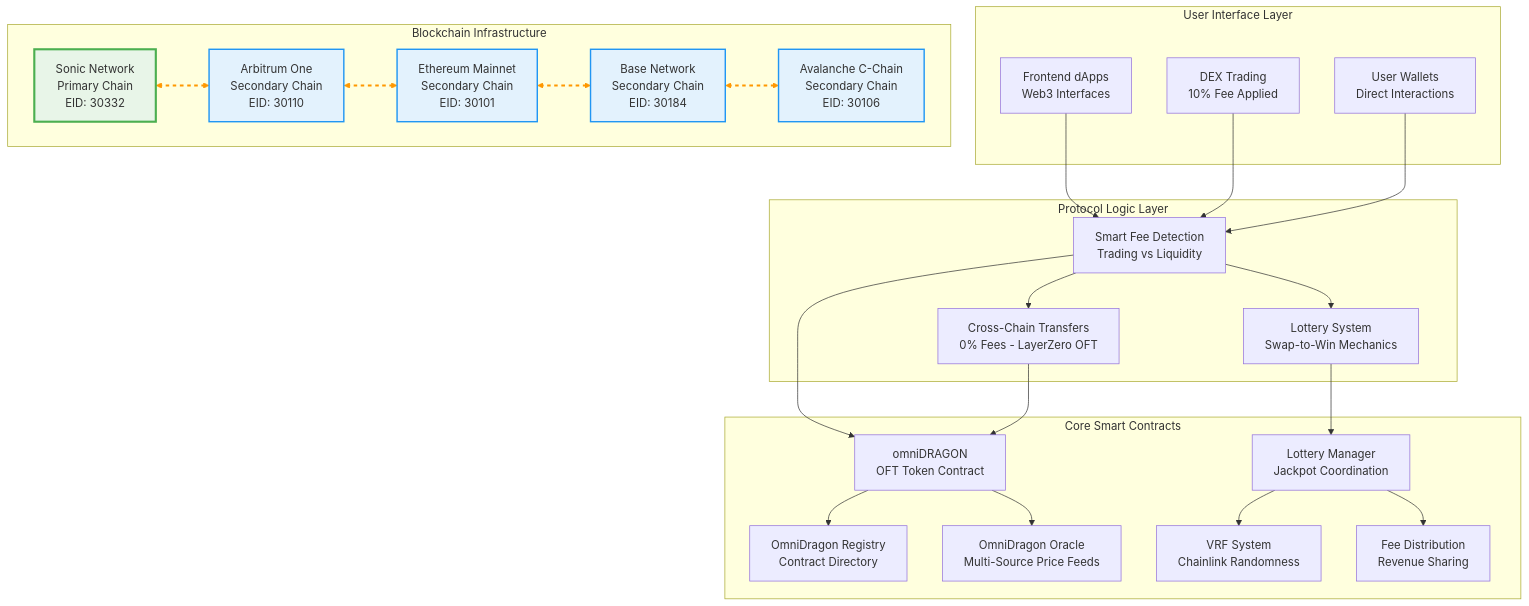
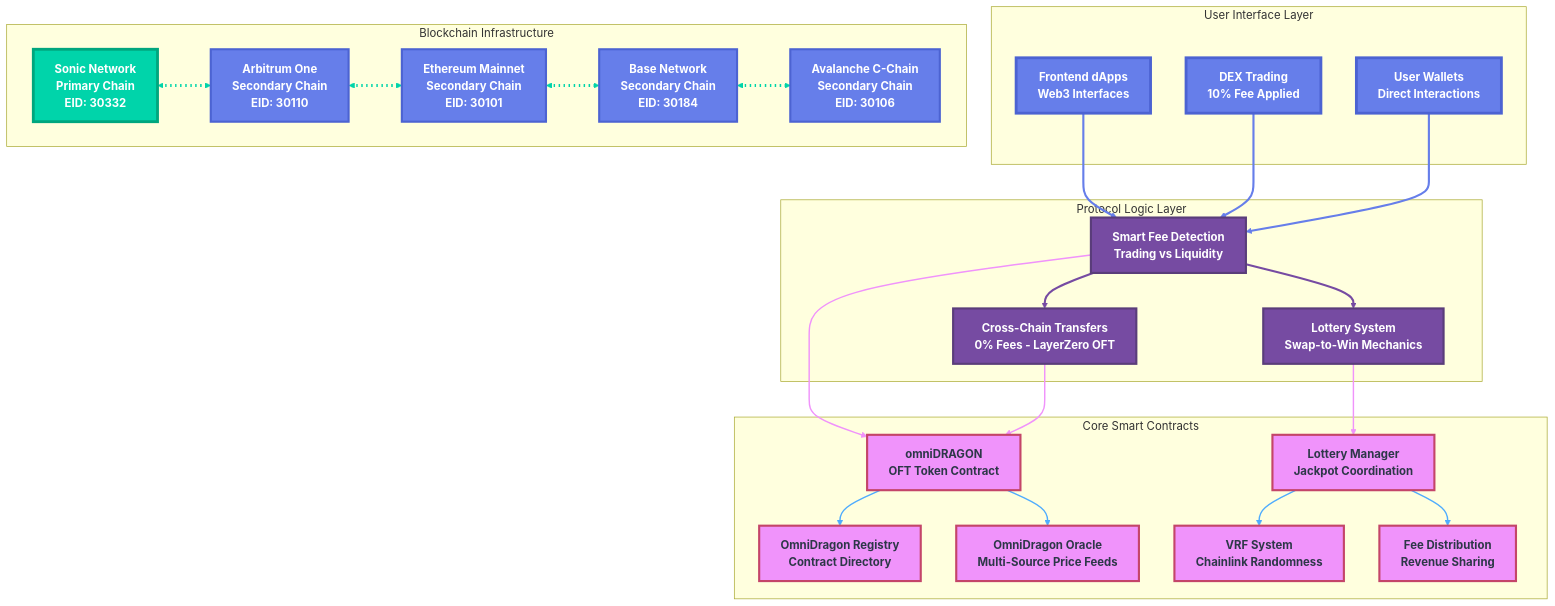
One commit to omnidragon-io/docs changed the first of 11 diagrams in docs/diagrams.md. Above: the diagram before and after it, drawn with Mermaid. The commit also changed other lines of this file, not shown here.

First line of the commit message:
docs: upgrade all Mermaid diagrams with beautiful professional styling

````diff
--- a/docs/diagrams.md
+++ b/docs/diagrams.md
@@ -14,60 +14,68 @@
 ```mermaid
 graph TB
+    %% Define styles and themes
+    classDef userLayer fill:#667eea,stroke:#4c63d2,stroke-width:4px,color:#ffffff,font-weight:bold,shadow:lg
+    classDef protocolLayer fill:#764ba2,stroke:#5a3d7a,stroke-width:3px,color:#ffffff,font-weight:bold,shadow:lg
+    classDef contractLayer fill:#f093fb,stroke:#c44569,stroke-width:3px,color:#2d3748,font-weight:bold,shadow:lg
+    classDef blockchainLayer fill:#4facfe,stroke:#3a7bd5,stroke-width:2px,color:#ffffff,font-weight:bold,shadow:lg
+    classDef primaryChain fill:#00d4aa,stroke:#00a67e,stroke-width:4px,color:#ffffff,font-weight:bold,shadow:xl
+    classDef secondaryChain fill:#667eea,stroke:#4c63d2,stroke-width:3px,color:#ffffff,font-weight:bold,shadow:lg
+
     subgraph "User Interface Layer"
-        FE[Frontend dApps<br/>Web3 Interfaces]
-        DEX[DEX Trading<br/>10% Fee Applied]
-        WALLET[User Wallets<br/>Direct Interactions]
+        FE[Frontend dApps<br/><b>Web3 Interfaces</b>]:::userLayer
+        DEX[DEX Trading<br/><b>10% Fee Applied</b>]:::userLayer
+        WALLET[User Wallets<br/><b>Direct Interactions</b>]:::userLayer
     end
 
     subgraph "Protocol Logic Layer"
-        FEES[Smart Fee Detection<br/>Trading vs Liquidity]
-        LOTTERY[Lottery System<br/>Swap-to-Win Mechanics]
-        BRIDGE[Cross-Chain Transfers<br/>0% Fees - LayerZero OFT]
+        FEES[Smart Fee Detection<br/><b>Trading vs Liquidity</b>]:::protocolLayer
+        LOTTERY[Lottery System<br/><b>Swap-to-Win Mechanics</b>]:::protocolLayer
+        BRIDGE[Cross-Chain Transfers<br/><b>0% Fees - LayerZero OFT</b>]:::protocolLayer
     end
 
     subgraph "Core Smart Contracts"
-        DRAGON[omniDRAGON<br/>OFT Token Contract]
-        REGISTRY[OmniDragon Registry<br/>Contract Directory]
-        ORACLE[OmniDragon Oracle<br/>Multi-Source Price Feeds]
-        LOTTERY_MGR[Lottery Manager<br/>Jackpot Coordination]
-        VRF[VRF System<br/>Chainlink Randomness]
-        FEE_DIST[Fee Distribution<br/>Revenue Sharing]
+        DRAGON[omniDRAGON<br/><b>OFT Token Contract</b>]:::contractLayer
+        REGISTRY[OmniDragon Registry<br/><b>Contract Directory</b>]:::contractLayer
+        ORACLE[OmniDragon Oracle<br/><b>Multi-Source Price Feeds</b>]:::contractLayer
+        LOTTERY_MGR[Lottery Manager<br/><b>Jackpot Coordination</b>]:::contractLayer
+        VRF[VRF System<br/><b>Chainlink Randomness</b>]:::contractLayer
+        FEE_DIST[Fee Distribution<br/><b>Revenue Sharing</b>]:::contractLayer
     end
 
     subgraph "Blockchain Infrastructure"
-        SONIC[Sonic Network<br/>Primary Chain<br/>EID: 30332]
-        ARBITRUM[Arbitrum One<br/>Secondary Chain<br/>EID: 30110]
-        ETHEREUM[Ethereum Mainnet<br/>Secondary Chain<br/>EID: 30101]
-        BASE[Base Network<br/>Secondary Chain<br/>EID: 30184]
-        AVALANCHE[Avalanche C-Chain<br/>Secondary Chain<br/>EID: 30106]
+        SONIC[Sonic Network<br/><b>Primary Chain</b><br/>EID: 30332]:::primaryChain
+        ARBITRUM[Arbitrum One<br/><b>Secondary Chain</b><br/>EID: 30110]:::secondaryChain
+        ETHEREUM[Ethereum Mainnet<br/><b>Secondary Chain</b><br/>EID: 30101]:::secondaryChain
+        BASE[Base Network<br/><b>Secondary Chain</b><br/>EID: 30184]:::secondaryChain
+        AVALANCHE[Avalanche C-Chain<br/><b>Secondary Chain</b><br/>EID: 30106]:::secondaryChain
     end
 
+    %% Connection flows with enhanced styling
     FE --> FEES
     DEX --> FEES
     WALLET --> FEES
 
     FEES --> LOTTERY
     FEES --> BRIDGE
 
     FEES --> DRAGON
     LOTTERY --> LOTTERY_MGR
     BRIDGE --> DRAGON
 
     DRAGON --> REGISTRY
     DRAGON --> ORACLE
     LOTTERY_MGR --> VRF
     LOTTERY_MGR --> FEE_DIST
 
     SONIC <--> ARBITRUM
     ARBITRUM <--> ETHEREUM
     ETHEREUM <--> BASE
     BASE <--> AVALANCHE
 
-    style SONIC fill:#e8f5e8,stroke:#4caf50,stroke-width:3px
-    style ARBITRUM fill:#e3f2fd,stroke:#2196f3,stroke-width:2px
-    style ETHEREUM fill:#e3f2fd,stroke:#2196f3,stroke-width:2px
-    style BASE fill:#e3f2fd,stroke:#2196f3,stroke-width:2px
-    style AVALANCHE fill:#e3f2fd,stroke:#2196f3,stroke-width:2px
-
-    linkStyle 12,13,14,15 stroke:#ff9800,stroke-width:3px,stroke-dasharray: 5 5
+    %% Enhanced link styling
+    linkStyle 0,1,2 stroke:#667eea,stroke-width:3px,stroke-dasharray: none
+    linkStyle 3,4 stroke:#764ba2,stroke-width:3px,stroke-dasharray: none
+    linkStyle 5,6,7 stroke:#f093fb,stroke-width:2px,stroke-dasharray: none
+    linkStyle 8,9,10,11 stroke:#4facfe,stroke-width:2px,stroke-dasharray: none
+    linkStyle 12,13,14,15 stroke:#00d4aa,stroke-width:4px,stroke-dasharray: 2 5
 ```
````
